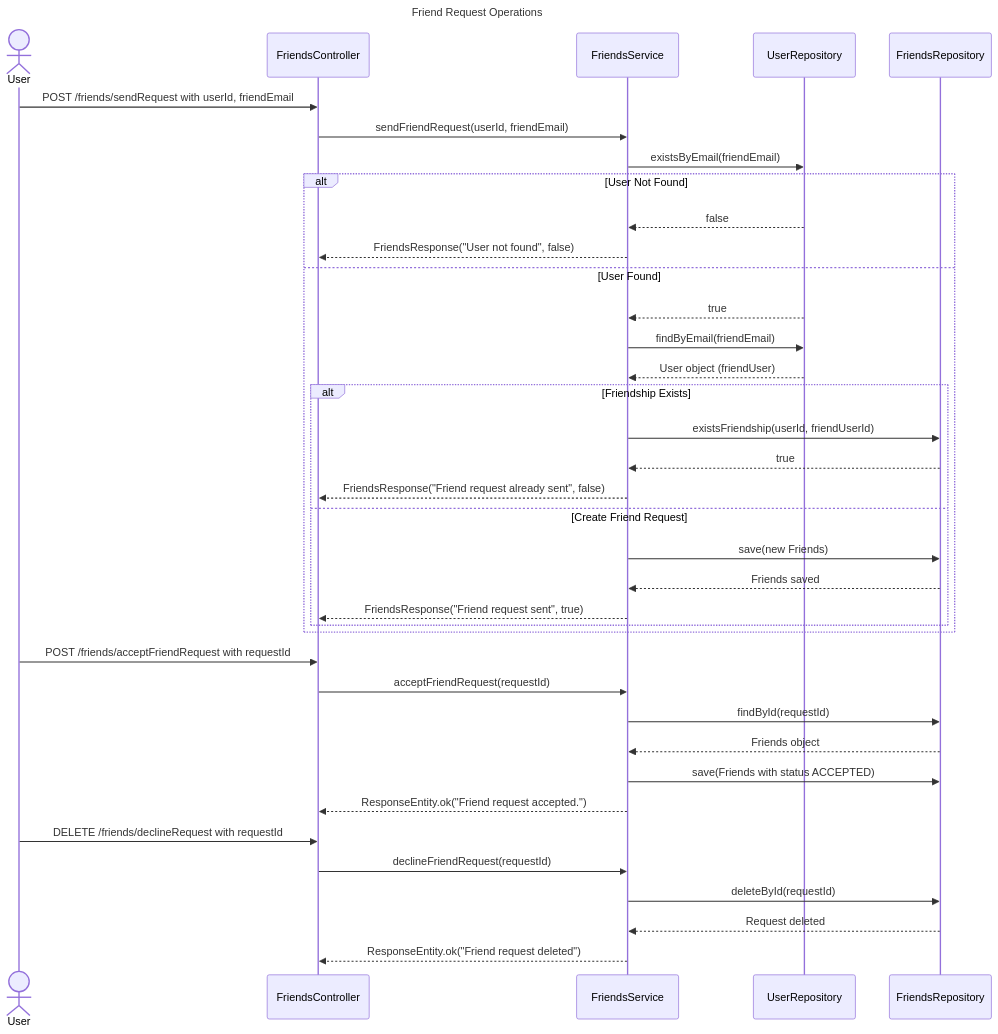
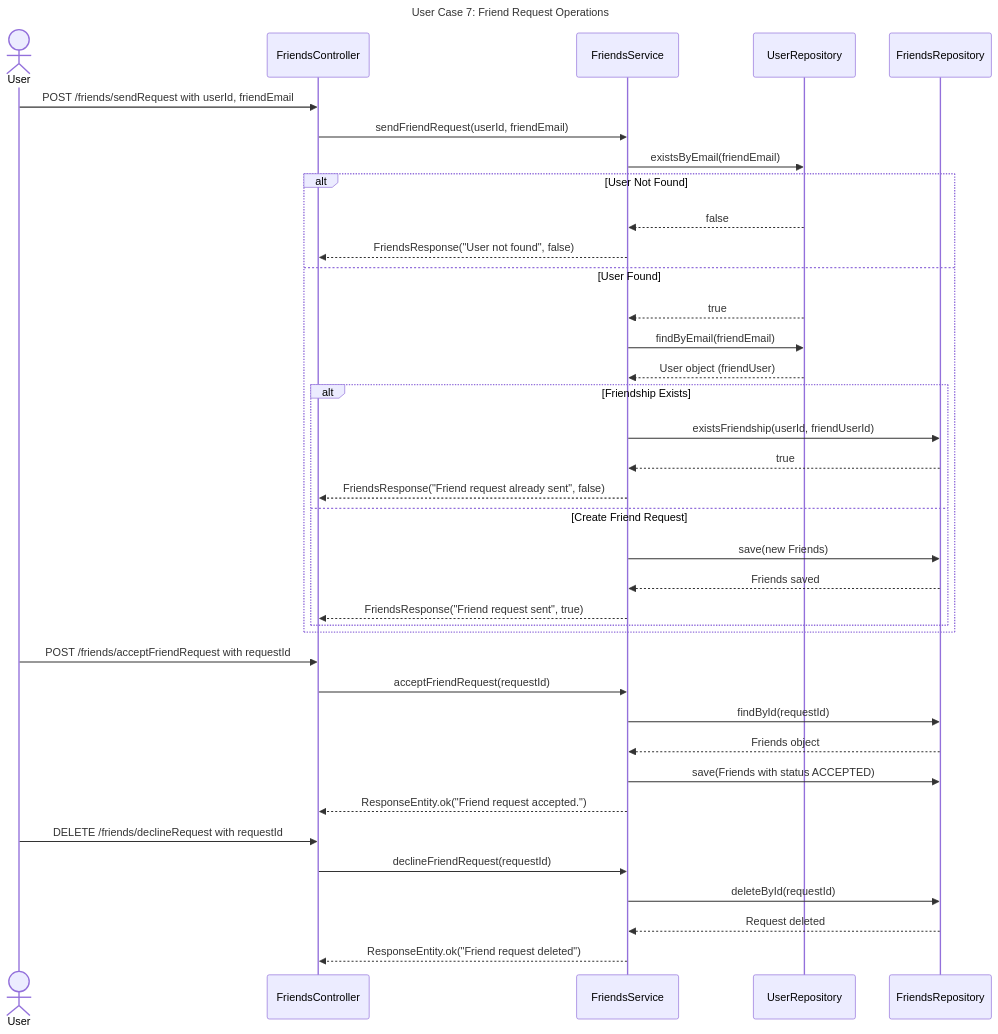
Before and after one commit to UniOfGreenwich/elee1149-coursework--team-chlk: the diagram in ArchitectureDiagrams/SequenceDiagrams/sequenceDiagram7.mmd, drawn with Mermaid. The commit also changed 2 other files, not shown here.

```diff
--- a/ArchitectureDiagrams/SequenceDiagrams/sequenceDiagram7.mmd
+++ b/ArchitectureDiagrams/SequenceDiagrams/sequenceDiagram7.mmd
@@ -1,41 +1,44 @@
+---
+## Sequence Diagram for user case 7
+---
 sequenceDiagram
-    title Friend Request Operations
+    title User Case 7: Friend Request Operations
     actor User
     participant FriendsController
     participant FriendsService
     participant UserRepository
     participant FriendsRepository
 
     User->>FriendsController: POST /friends/sendRequest with userId, friendEmail
     FriendsController->>FriendsService: sendFriendRequest(userId, friendEmail)
     FriendsService->>UserRepository: existsByEmail(friendEmail)
     alt User Not Found
         UserRepository-->>FriendsService: false
         FriendsService-->>FriendsController: FriendsResponse("User not found", false)
     else User Found
         UserRepository-->>FriendsService: true
         FriendsService->>UserRepository: findByEmail(friendEmail)
         UserRepository-->>FriendsService: User object (friendUser)
         alt Friendship Exists
             FriendsService->>FriendsRepository: existsFriendship(userId, friendUserId)
             FriendsRepository-->>FriendsService: true
             FriendsService-->>FriendsController: FriendsResponse("Friend request already sent", false)
         else Create Friend Request
             FriendsService->>FriendsRepository: save(new Friends)
             FriendsRepository-->>FriendsService: Friends saved
             FriendsService-->>FriendsController: FriendsResponse("Friend request sent", true)
         end
     end
 
     User->>FriendsController: POST /friends/acceptFriendRequest with requestId
     FriendsController->>FriendsService: acceptFriendRequest(requestId)
     FriendsService->>FriendsRepository: findById(requestId)
     FriendsRepository-->>FriendsService: Friends object
     FriendsService->>FriendsRepository: save(Friends with status ACCEPTED)
     FriendsService-->>FriendsController: ResponseEntity.ok("Friend request accepted.")
 
     User->>FriendsController: DELETE /friends/declineRequest with requestId
     FriendsController->>FriendsService: declineFriendRequest(requestId)
     FriendsService->>FriendsRepository: deleteById(requestId)
     FriendsRepository-->>FriendsService: Request deleted
     FriendsService-->>FriendsController: ResponseEntity.ok("Friend request deleted")
```
